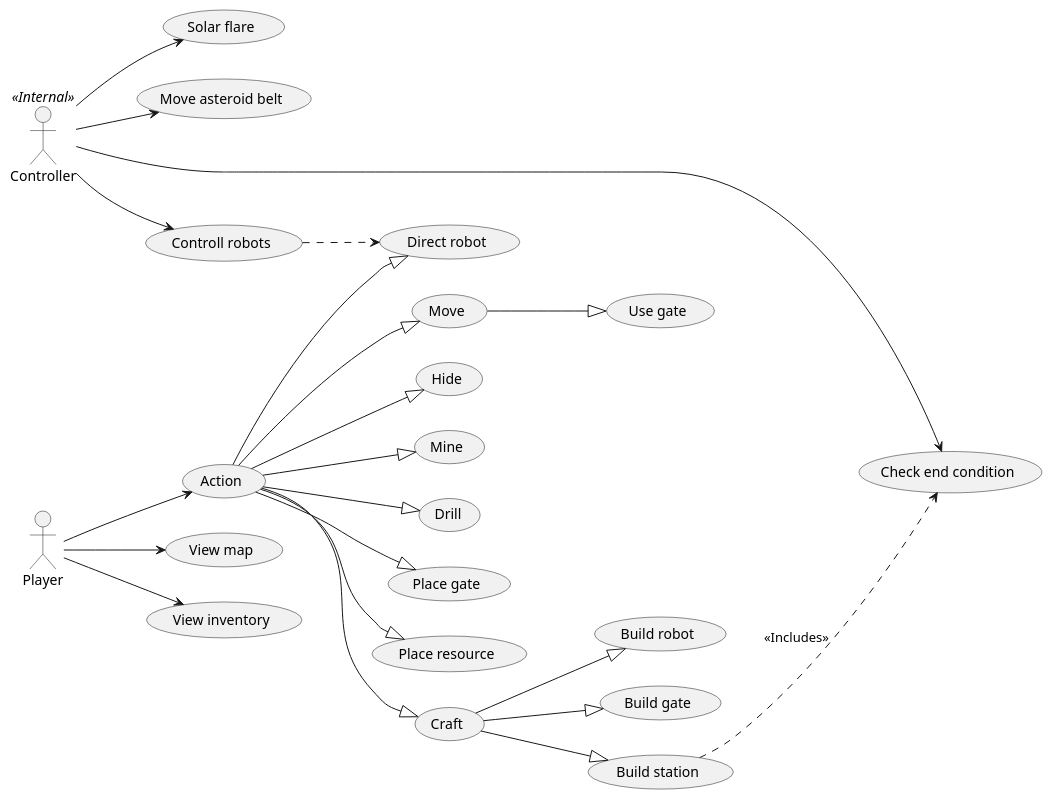
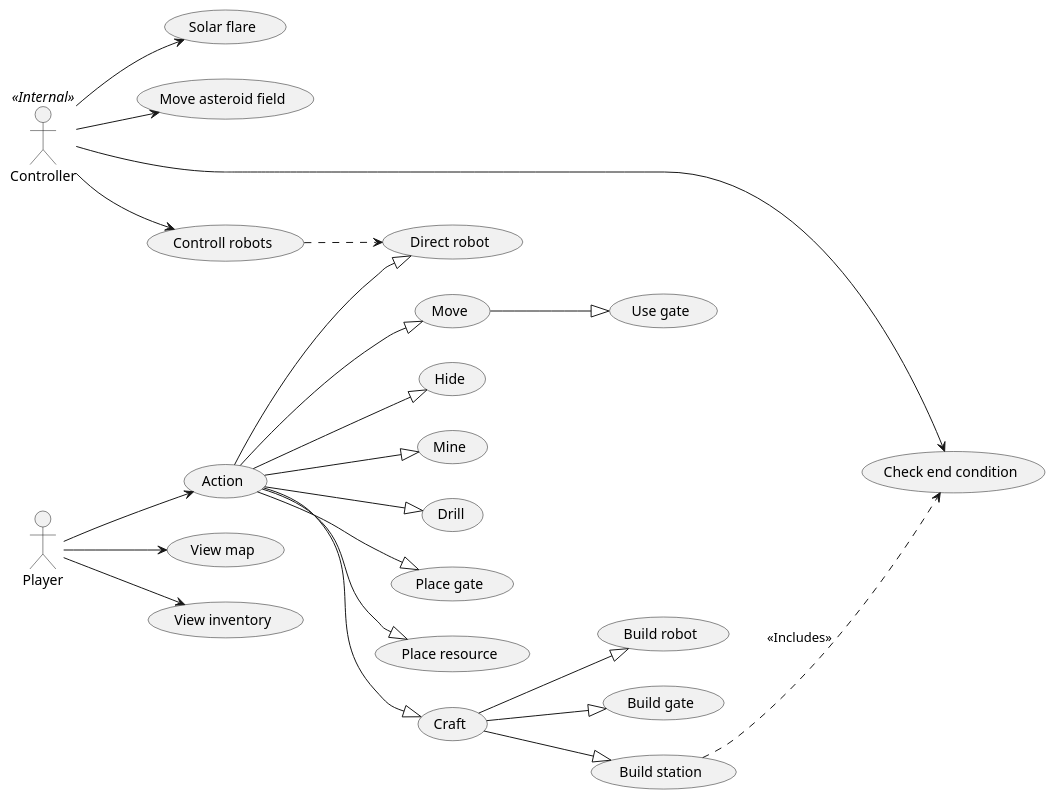
One commit to viseguard-studios/Documentation changed the diagram in docs/1_Project/use-case.puml. Above: the diagram before and after it, drawn with PlantUML. The commit also changed 13 other files, not shown here.

```diff
--- a/docs/1_Project/use-case.puml
+++ b/docs/1_Project/use-case.puml
@@ -3,73 +3,73 @@
-@startuml
+@startuml use-case
 left to right direction
 
 actor Player as p
 
 actor Controller as c << Internal >>
 
 usecase "Action" as Action
 p --> Action
 
 usecase "View map" as UC4
 p --> UC4
 
 usecase "View inventory" as UC12
 p --> UC12
 
 
 usecase "Move" as Move
 Action --|> Move
 
 usecase "Use gate" as Use_Gate
 Move --|> Use_Gate
 
 
 usecase "Hide" as Hide
 Action --|> Hide
 
 usecase "Mine" as Mine
 Action --|> Mine
 
 usecase "Drill" as Drill
 Action --|> Drill
 
 usecase "Place gate" as Place_Gate
 Action --|> Place_Gate
 
 usecase "Place resource" as Place_Resource
 Action --|> Place_Resource
 
 usecase "Direct robot" as Direct_Robot
 Action --|> Direct_Robot
 
 usecase "Craft" as Craft
 Action --|> Craft
 
 usecase "Build robot" as Build_Bot
 Craft --|> Build_Bot
 
 usecase "Build gate" as Build_Gate
 Craft --|> Build_Gate
 
 usecase "Build station" as Build_Station
 Craft --|> Build_Station
 
 
 
 
 
 usecase "Controll robots" as UC5
 c --> UC5
 UC5 ..> Direct_Robot <<Depends>>
 
 usecase "Solar flare" as Solar_Flare
 c --> Solar_Flare
 
-usecase "Move asteroid belt" as Move_Belt
+usecase "Move asteroid field" as Move_Belt
 c --> Move_Belt
 
 usecase "Check end condition" as End_condition
 c --> End_condition
 Build_Station ..> End_condition : <<Includes>>
 
 @enduml
```
